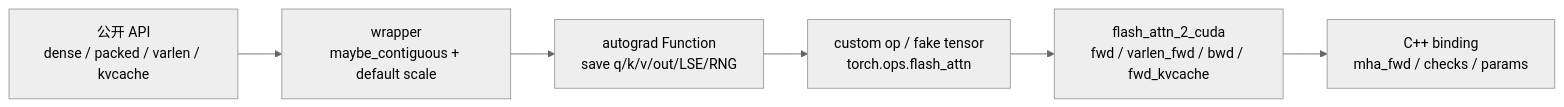
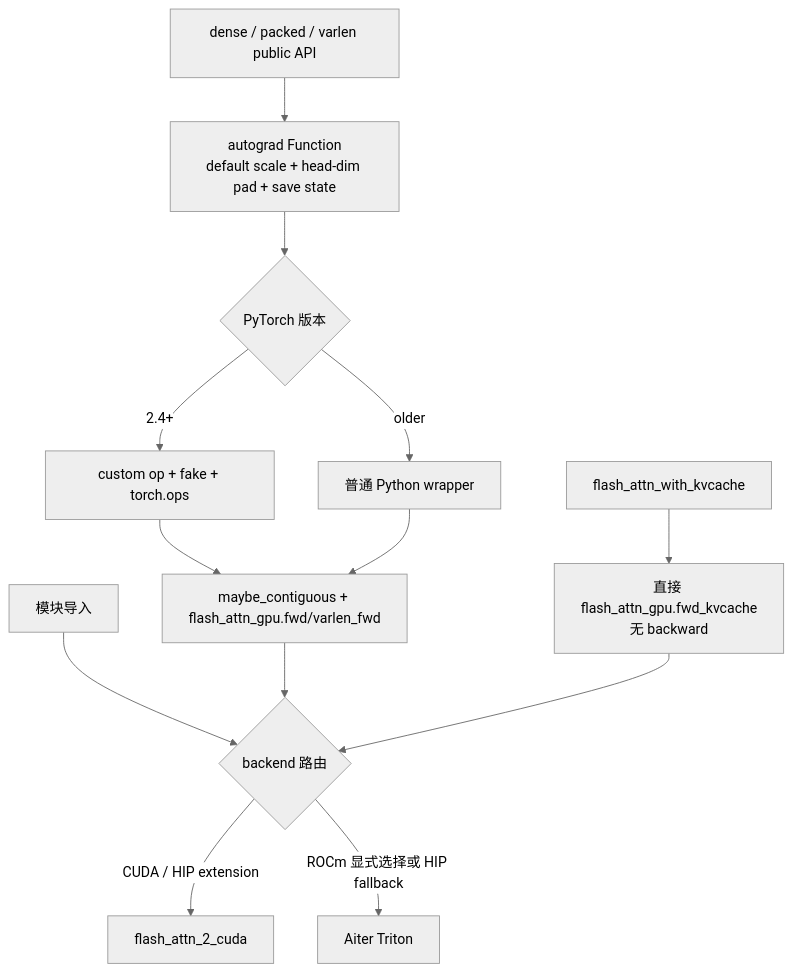
Before and after one commit to OnlyHero5/sglang-reading-vault: the diagram in flash-attn_reading/Python与绑定/Python-API/FlashAttention-Python-API.md, drawn with Mermaid (neutral theme). The commit also changed other lines of this file and 512 other files, not shown here.

````diff
--- a/flash-attn_reading/Python与绑定/Python-API/FlashAttention-Python-API.md
+++ b/flash-attn_reading/Python与绑定/Python-API/FlashAttention-Python-API.md
@@ -27,10 +27,17 @@
 ```mermaid
-flowchart LR
-    API["公开 API<br/>dense / packed / varlen / kvcache"]
-    WRAP["wrapper<br/>maybe_contiguous + default scale"]
-    AUTO["autograd Function<br/>save q/k/v/out/LSE/RNG"]
-    OP["custom op / fake tensor<br/>torch.ops.flash_attn"]
-    EXT["flash_attn_2_cuda<br/>fwd / varlen_fwd / bwd / fwd_kvcache"]
-    CPP["C++ binding<br/>mha_fwd / checks / params"]
-    API --> WRAP --> AUTO --> OP --> EXT --> CPP
+flowchart TD
+    IMPORT["模块导入"] --> BACKEND{"backend 路由"}
+    BACKEND -->|CUDA / HIP extension| EXT["flash_attn_2_cuda"]
+    BACKEND -->|ROCm 显式选择或 HIP fallback| TRITON["Aiter Triton"]
+
+    API["dense / packed / varlen public API"] --> AUTO["autograd Function<br/>default scale + head-dim pad + save state"]
+    AUTO --> VERSION{"PyTorch 版本"}
+    VERSION -->|2.4+| OP["custom op + fake + torch.ops"]
+    VERSION -->|older| DIRECT["普通 Python wrapper"]
+    OP --> WRAP["maybe_contiguous + flash_attn_gpu.fwd/varlen_fwd"]
+    DIRECT --> WRAP
+    WRAP --> BACKEND
+
+    CACHE["flash_attn_with_kvcache"] --> KCALL["直接 flash_attn_gpu.fwd_kvcache<br/>无 backward"]
+    KCALL --> BACKEND
 ```
````
